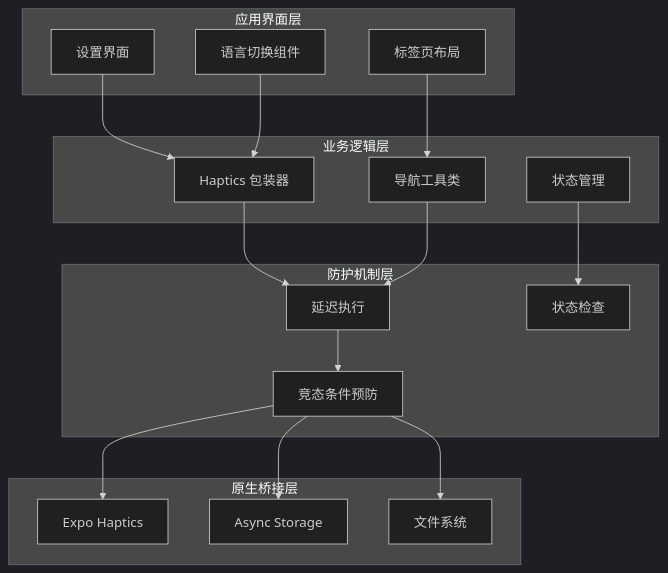
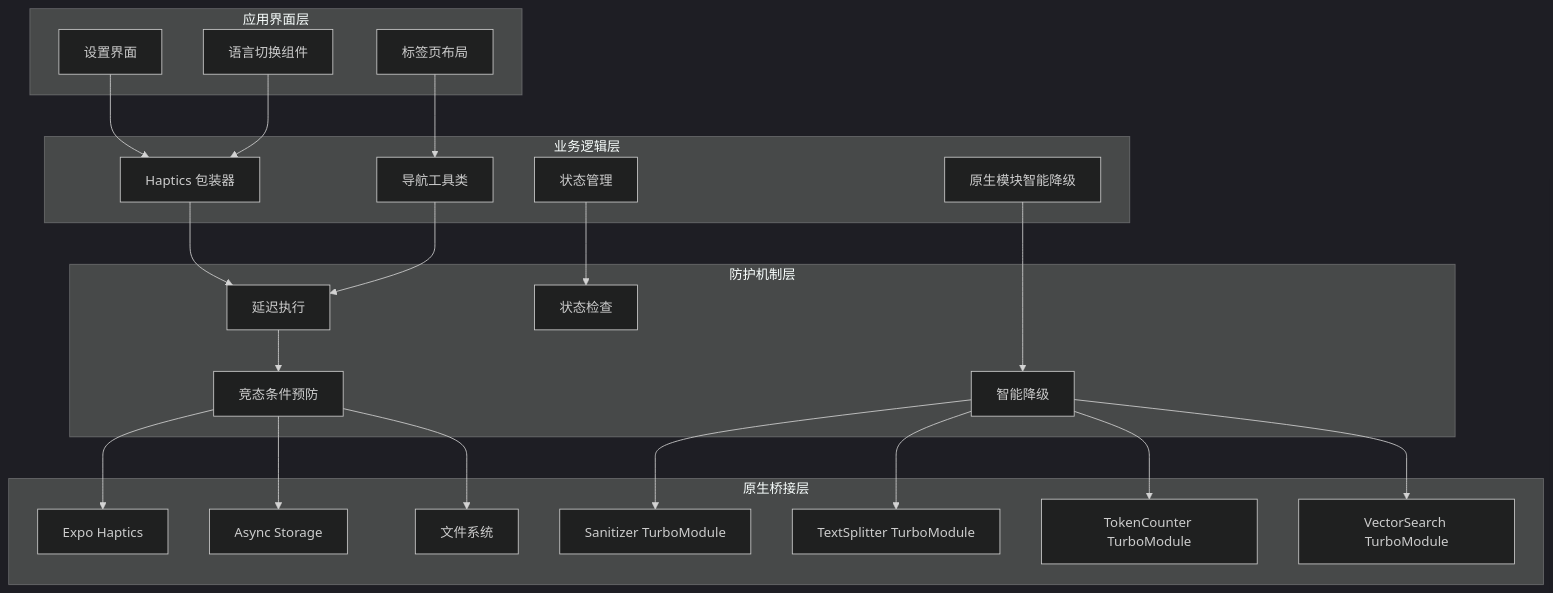
Before and after one commit to NarcisWL/Nexara: the fourth of 14 diagrams in .qoder/repowiki/zh/content/架构文档/原生桥接防护.md, drawn with Mermaid (dark theme). The commit also changed other lines of this file and 5 other files, not shown here.

````diff
--- a/.qoder/repowiki/zh/content/架构文档/原生桥接防护.md
+++ b/.qoder/repowiki/zh/content/架构文档/原生桥接防护.md
@@ -129,33 +165,44 @@
 ```mermaid
 graph TB
 subgraph "应用界面层"
 A[设置界面]
 B[标签页布局]
 C[语言切换组件]
 end
 subgraph "业务逻辑层"
 D[Haptics 包装器]
 E[导航工具类]
 F[状态管理]
+G[原生模块智能降级]
 end
 subgraph "原生桥接层"
-G[Expo Haptics]
-H[Async Storage]
-I[文件系统]
+H[Expo Haptics]
+I[Async Storage]
+J[文件系统]
+K[Sanitizer TurboModule]
+L[TextSplitter TurboModule]
+M[TokenCounter TurboModule]
+N[VectorSearch TurboModule]
 end
 subgraph "防护机制层"
-J[延迟执行]
-K[状态检查]
-L[竞态条件预防]
+O[延迟执行]
+P[状态检查]
+Q[竞态条件预防]
+R[智能降级]
 end
 A --> D
 B --> E
 C --> D
-D --> J
-E --> J
-F --> K
-J --> L
-L --> G
-L --> H
-L --> I
+D --> O
+E --> O
+F --> P
+G --> R
+O --> Q
+Q --> H
+Q --> I
+Q --> J
+R --> K
+R --> L
+R --> M
+R --> N
 ```
````
